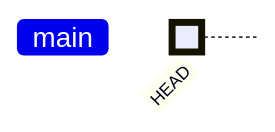
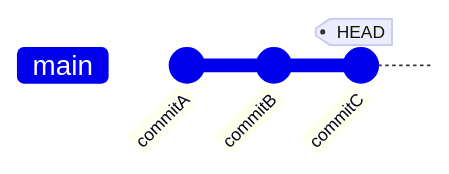
Before and after one commit to nichijo/nichijo.github.io: the second of 18 diagrams in src/2023-04-07.md, drawn with Mermaid. The commit also changed other lines of this file and 1 other file, not shown here.

````diff
--- a/src/2023-04-07.md
+++ b/src/2023-04-07.md
@@ -34,4 +50,6 @@
 ```mermaid
 gitGraph
-    commit id: "HEAD" type: HIGHLIGHT
+    commit id: "commitA"
+    commit id: "commitB"
+    commit id: "commitC" tag: "HEAD"
 ```
````
